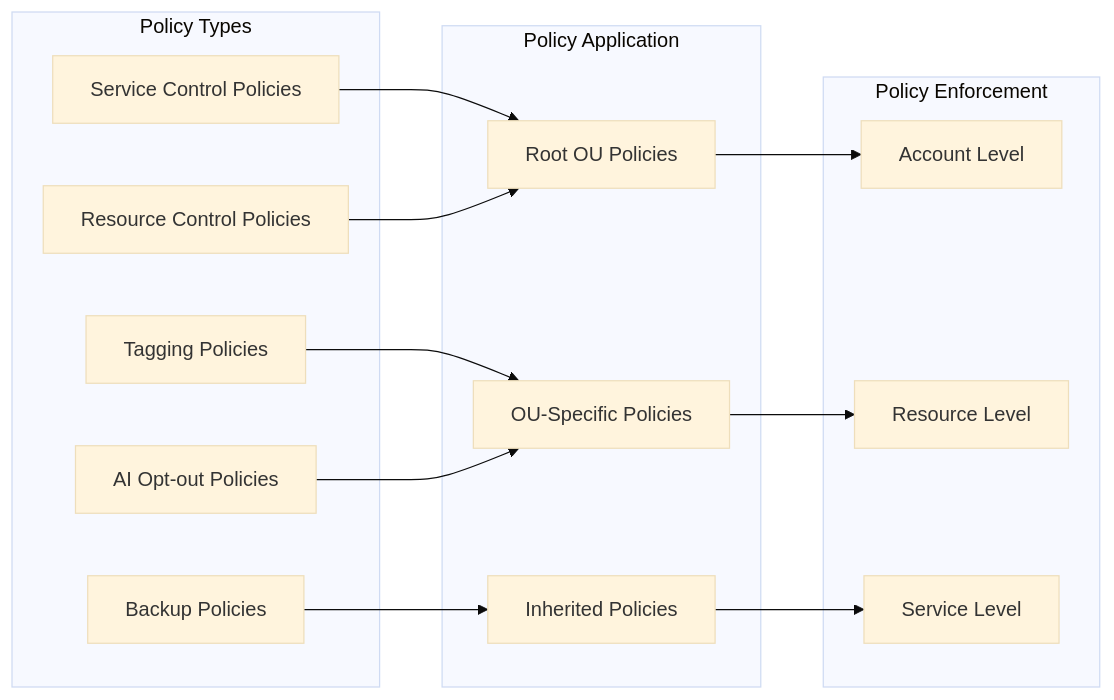
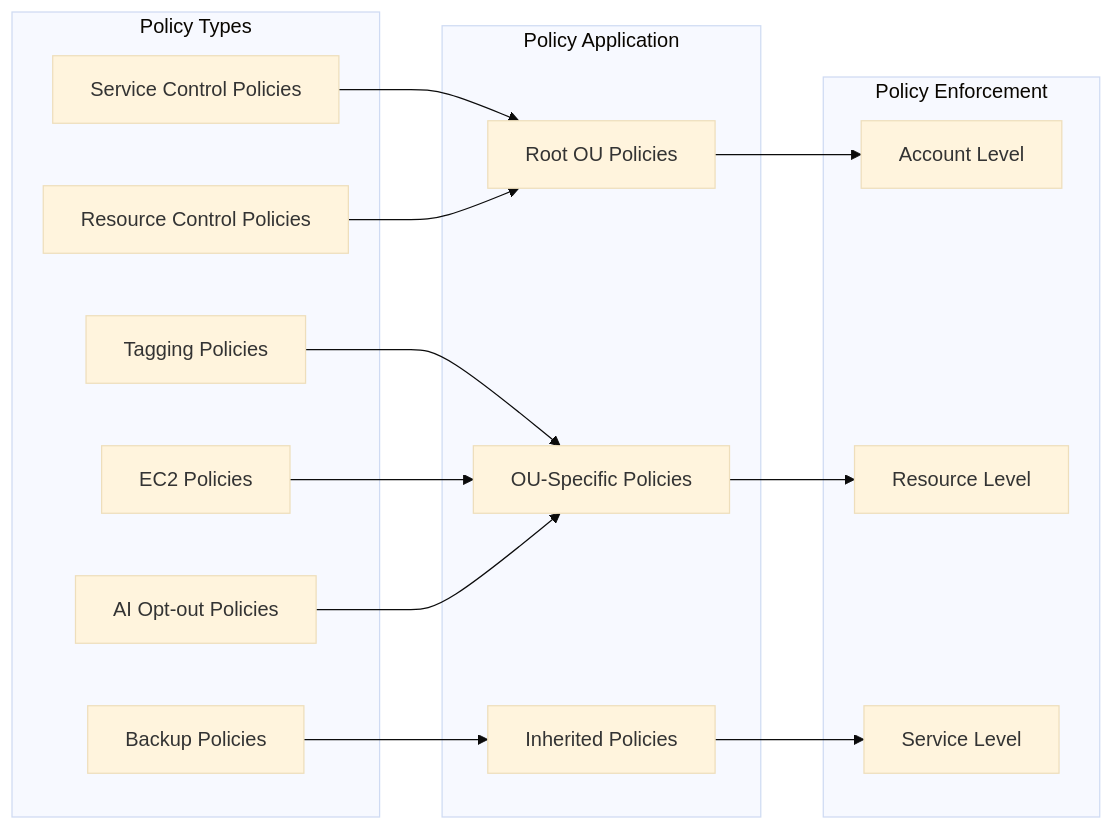
The second of 3 diagrams in README.md (appvia/terraform-aws-organization), drawn with Mermaid (base theme) before and after one commit. The commit also changed other lines of this file and 5 other files, not shown here.

Commit message:
feat: added the ability to control ec2 policies

````diff
--- a/README.md
+++ b/README.md
@@ -138,32 +139,34 @@
 ```mermaid
 graph LR
     subgraph "Policy Types"
         A[Service Control Policies]
         B[Tagging Policies]
         C[Backup Policies]
-        D[Resource Control Policies]
-        E[AI Opt-out Policies]
+        D[EC2 Policies]
+        E[Resource Control Policies]
+        F[AI Opt-out Policies]
     end
     
     subgraph "Policy Application"
-        F[Root OU Policies]
-        G[OU-Specific Policies]
-        H[Inherited Policies]
+        R[Root OU Policies]
+        O[OU-Specific Policies]
+        P[Inherited Policies]
     end
     
     subgraph "Policy Enforcement"
         I[Account Level]
         J[Resource Level]
         K[Service Level]
     end
     
-    A --> F
-    B --> G
-    C --> H
-    D --> F
-    E --> G
+    A --> R
+    B --> O
+    C --> P
+    D --> O
+    E --> R
+    F --> O
     
-    F --> I
-    G --> J
-    H --> K
+    R --> I
+    O --> J
+    P --> K
 ```
````
